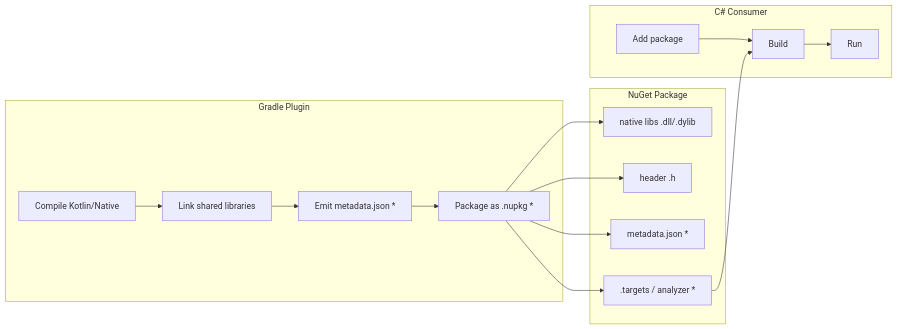
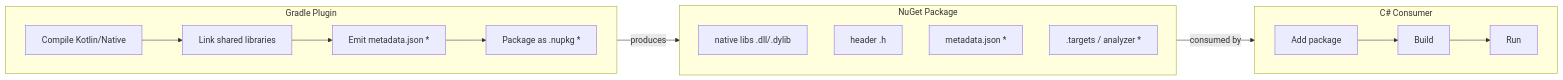
The diagram in README.md (xxfast/kotlin-native-nuget), drawn with Mermaid before and after one commit. The commit also changed other lines of this file, not shown here.

Commit message:
Fix mermaid diagram

````diff
--- a/README.md
+++ b/README.md
@@ -52,28 +52,25 @@
 ```mermaid
 flowchart LR
-  subgraph Gradle Plugin
+  subgraph Gradle["Gradle Plugin"]
+    direction LR
     A[Compile Kotlin/Native] --> B[Link shared libraries]
     B --> C[Emit metadata.json *]
     C --> D[Package as .nupkg *]
   end
 
-  subgraph NuGet Package
+  subgraph NuGet["NuGet Package"]
+    direction TB
     E[native libs .dll/.dylib]
     F[header .h]
     G[metadata.json *]
     H[.targets / analyzer *]
   end
 
-  subgraph C# Consumer
-    I[Add package]
-    J[Build]
-    K[Run]
-    I --> J --> K
+  subgraph Consumer["C# Consumer"]
+    direction LR
+    I[Add package] --> J[Build] --> K[Run]
   end
 
-  D --> E
-  D --> F
-  D --> G
-  D --> H
-  H --> J
+  Gradle -->|produces| NuGet
+  NuGet -->|consumed by| Consumer
 ```
````
